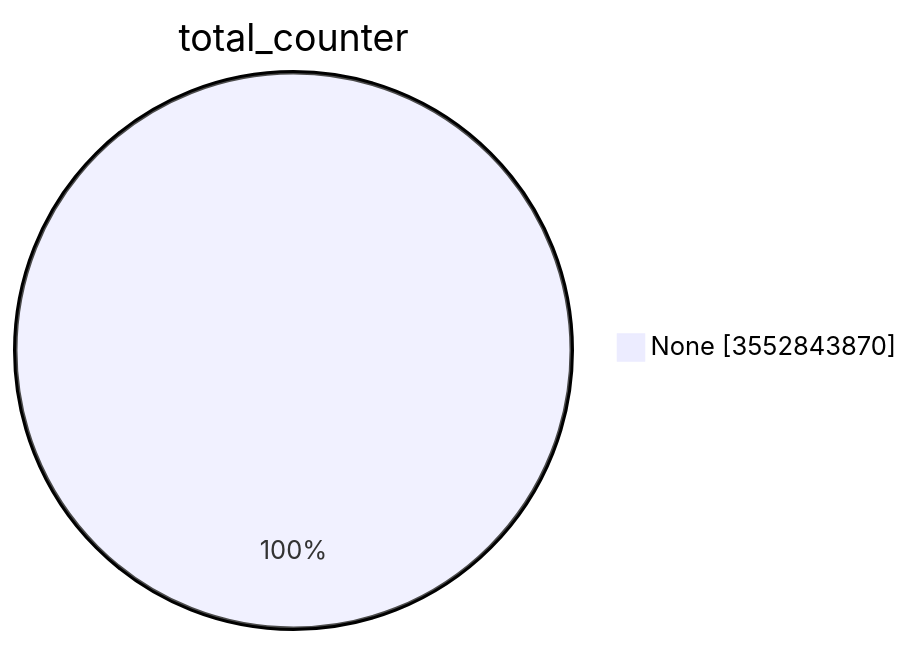
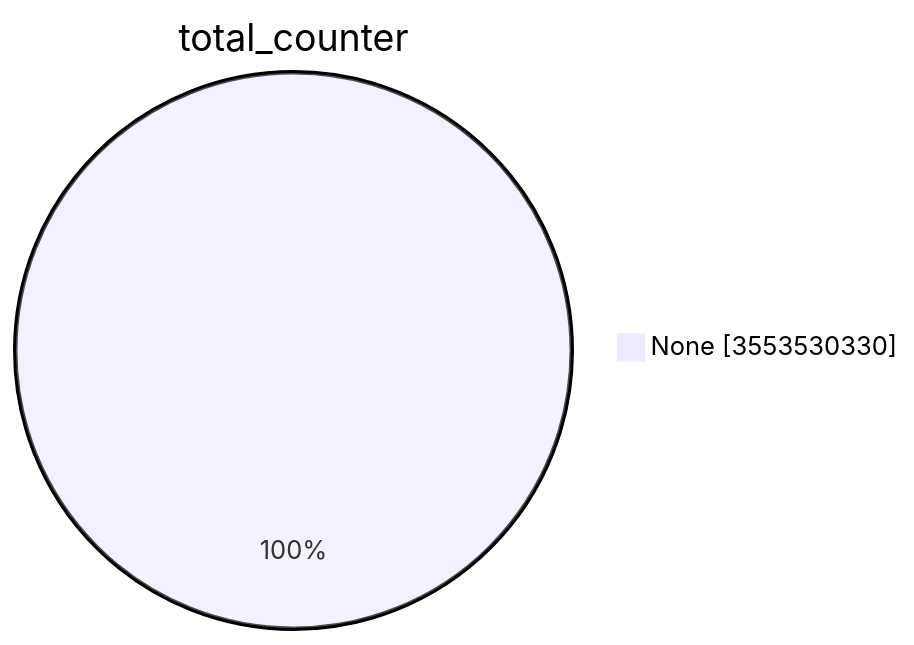
The first of 15 diagrams in TOTAL/README.md (christiankrug/ctmonitor_visualization), drawn with Mermaid before and after one commit. The commit also changed other lines of this file, not shown here.

````diff
--- a/TOTAL/README.md
+++ b/TOTAL/README.md
@@ -1,5 +1,5 @@
 ```mermaid
 pie showData
 title total_counter
-"None" :3552843870
+"None" :3553530330
 ```
````
